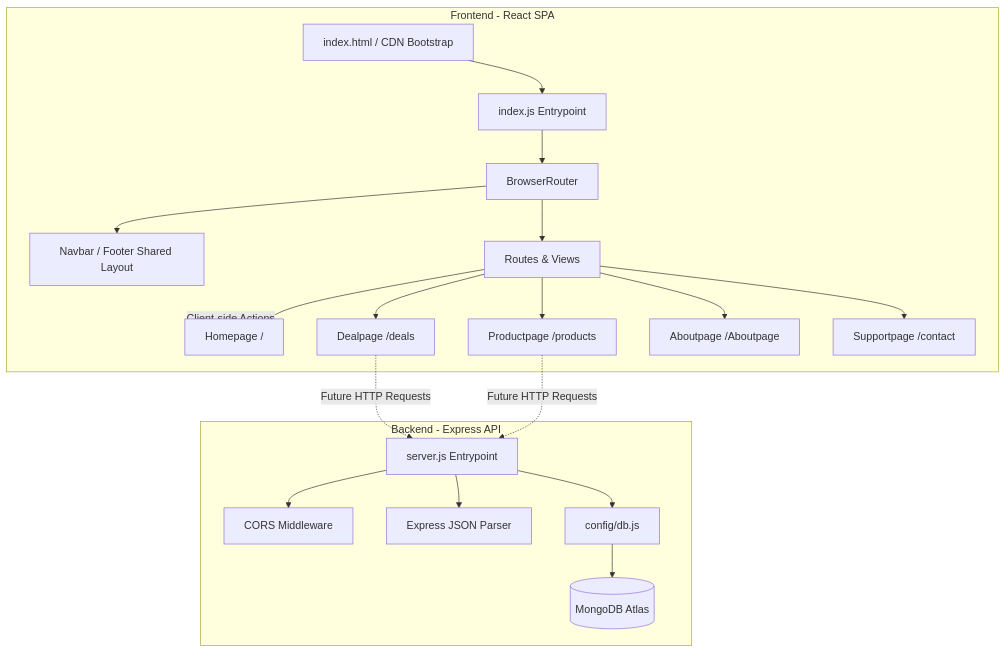
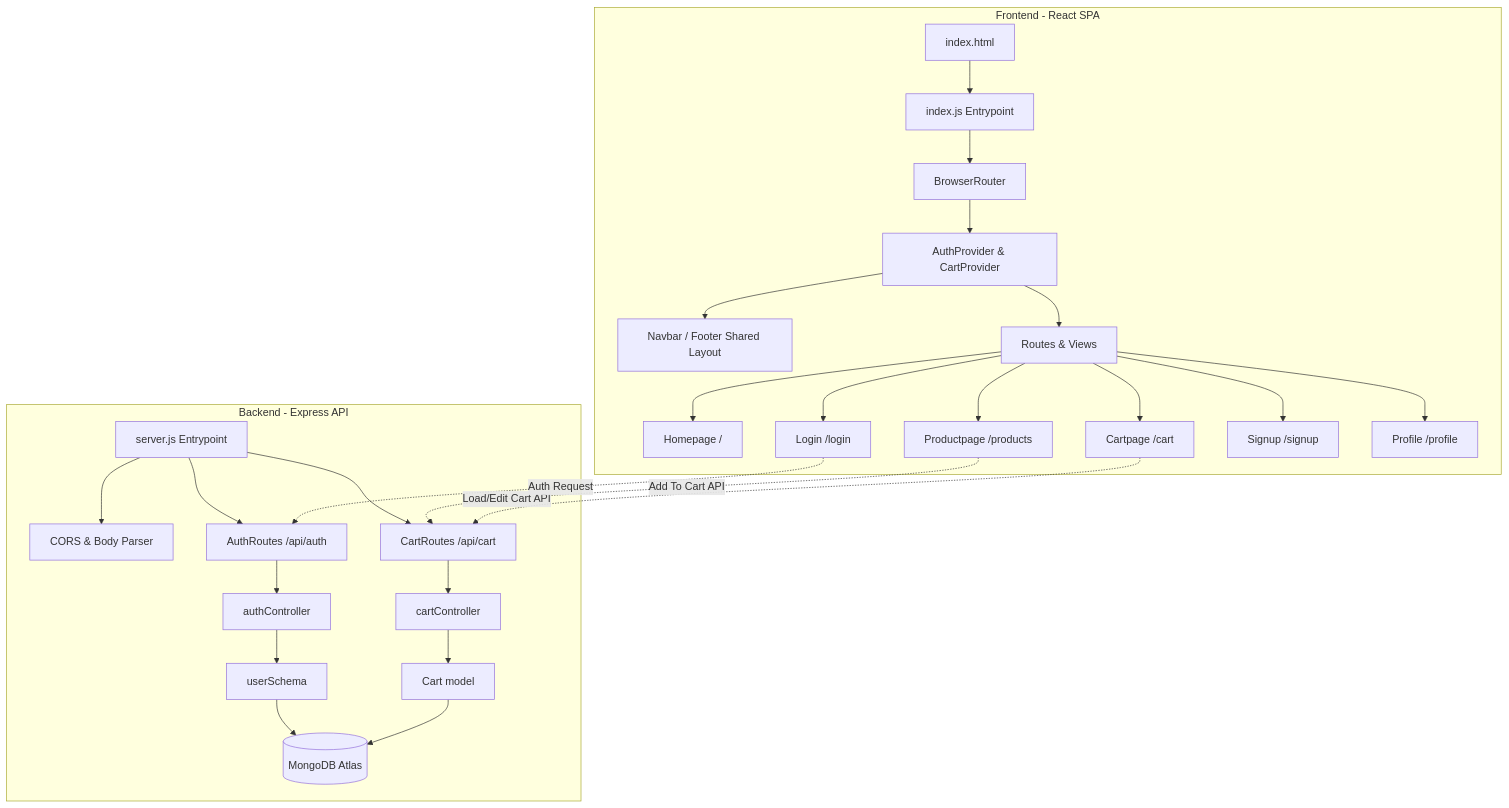
Before and after one commit to Ram-sah19/Zonda: the diagram in zonda_architecture_report.md, drawn with Mermaid. The commit also changed other lines of this file and 36 other files, not shown here.

````diff
--- a/zonda_architecture_report.md
+++ b/zonda_architecture_report.md
@@ -13,25 +13,32 @@
 ```mermaid
 graph TD
     subgraph Client [Frontend - React SPA]
-        A[index.html / CDN Bootstrap] --> B[index.js Entrypoint]
+        A[index.html] --> B[index.js Entrypoint]
         B --> C[BrowserRouter]
-        C --> D[Navbar / Footer Shared Layout]
-        C --> E[Routes & Views]
-        E --> E1[Homepage /]
-        E --> E2[Productpage /products]
-        E --> E3[Dealpage /deals]
-        E --> E4[Aboutpage /Aboutpage]
-        E --> E5[Supportpage /contact]
+        C --> D[AuthProvider & CartProvider]
+        D --> E[Navbar / Footer Shared Layout]
+        D --> F[Routes & Views]
+        F --> F1[Homepage /]
+        F --> F2[Productpage /products]
+        F --> F3[Cartpage /cart]
+        F --> F4[Login /login]
+        F --> F5[Signup /signup]
+        F --> F6[Profile /profile]
     end
 
     subgraph Server [Backend - Express API]
-        F[server.js Entrypoint] --> G[CORS Middleware]
-        F --> H[Express JSON Parser]
-        F --> I[config/db.js]
-        I --> J[(MongoDB Atlas)]
+        G[server.js Entrypoint] --> H[CORS & Body Parser]
+        G --> I[AuthRoutes /api/auth]
+        G --> J[CartRoutes /api/cart]
+        I --> K[authController]
+        J --> L[cartController]
+        K --> M[userSchema]
+        L --> N[Cart model]
+        M --> O[(MongoDB Atlas)]
+        N --> O
     end
 
-    E1 -.->|Client-side Actions| Client
-    E2 -.->|Future HTTP Requests| F
-    E3 -.->|Future HTTP Requests| F
+    F2 -.->|Add To Cart API| J
+    F3 -.->|Load/Edit Cart API| J
+    F4 -.->|Auth Request| I
 ```
````
